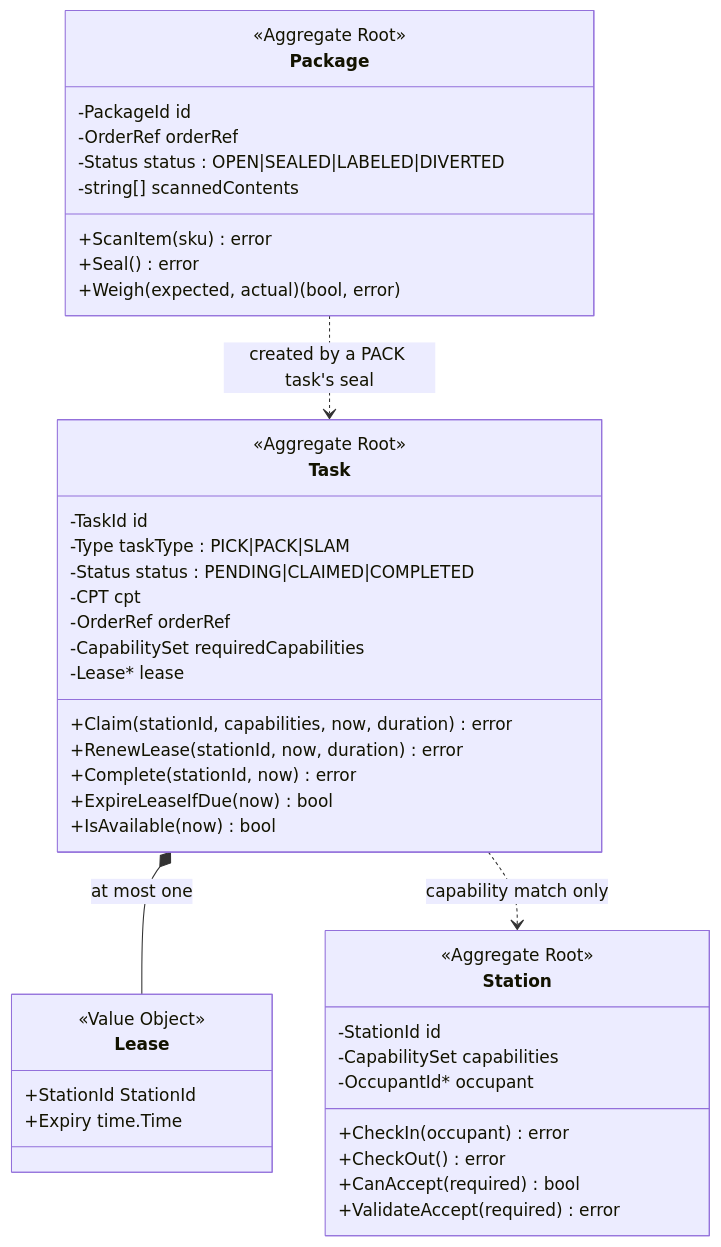
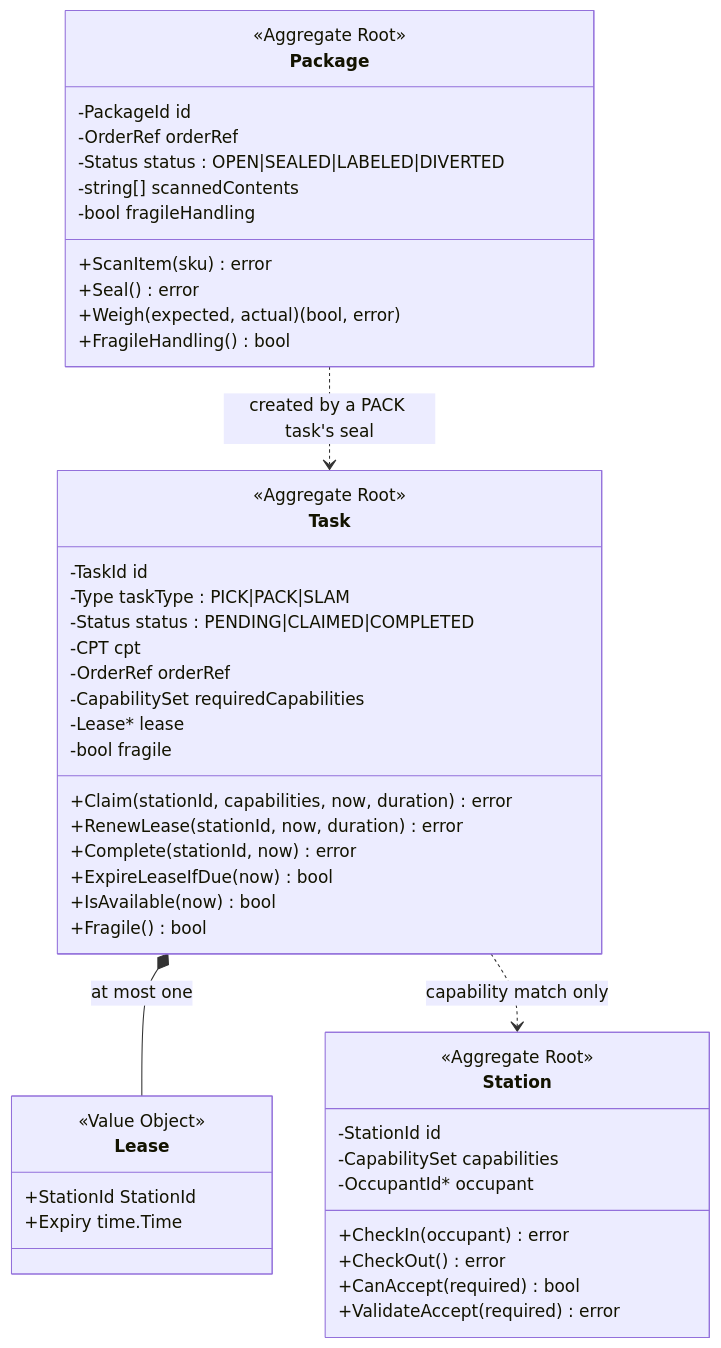
Before and after one commit to claudioed/fulfillment-execution: the diagram in docs/docs/ddd/aggregates-and-invariants.md, drawn with Mermaid. The commit also changed other lines of this file and 41 other files, not shown here.

````diff
--- a/docs/docs/ddd/aggregates-and-invariants.md
+++ b/docs/docs/ddd/aggregates-and-invariants.md
@@ -16,46 +16,50 @@
 ```mermaid
 classDiagram
     class Task {
         <<Aggregate Root>>
         -TaskId id
         -Type taskType : PICK|PACK|SLAM
         -Status status : PENDING|CLAIMED|COMPLETED
         -CPT cpt
         -OrderRef orderRef
         -CapabilitySet requiredCapabilities
         -Lease* lease
+        -bool fragile
         +Claim(stationId, capabilities, now, duration) error
         +RenewLease(stationId, now, duration) error
         +Complete(stationId, now) error
         +ExpireLeaseIfDue(now) bool
         +IsAvailable(now) bool
+        +Fragile() bool
     }
     class Lease {
         <<Value Object>>
         +StationId StationId
         +Expiry time.Time
     }
     class Station {
         <<Aggregate Root>>
         -StationId id
         -CapabilitySet capabilities
         -OccupantId* occupant
         +CheckIn(occupant) error
         +CheckOut() error
         +CanAccept(required) bool
         +ValidateAccept(required) error
     }
     class Package {
         <<Aggregate Root>>
         -PackageId id
         -OrderRef orderRef
         -Status status : OPEN|SEALED|LABELED|DIVERTED
         -string[] scannedContents
+        -bool fragileHandling
         +ScanItem(sku) error
         +Seal() error
         +Weigh(expected, actual) (bool, error)
+        +FragileHandling() bool
     }
     Task *-- Lease : at most one
     Task ..> Station : capability match only
     Package ..> Task : created by a PACK task's seal
 ```
````
